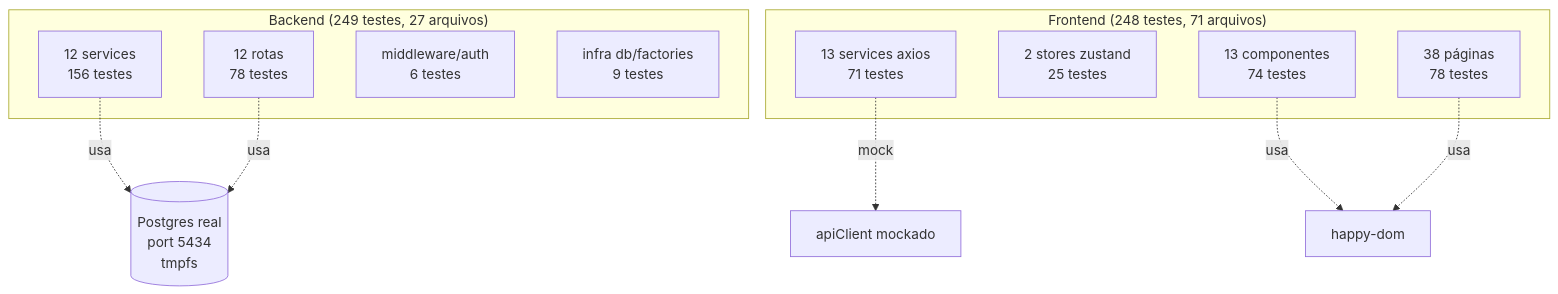
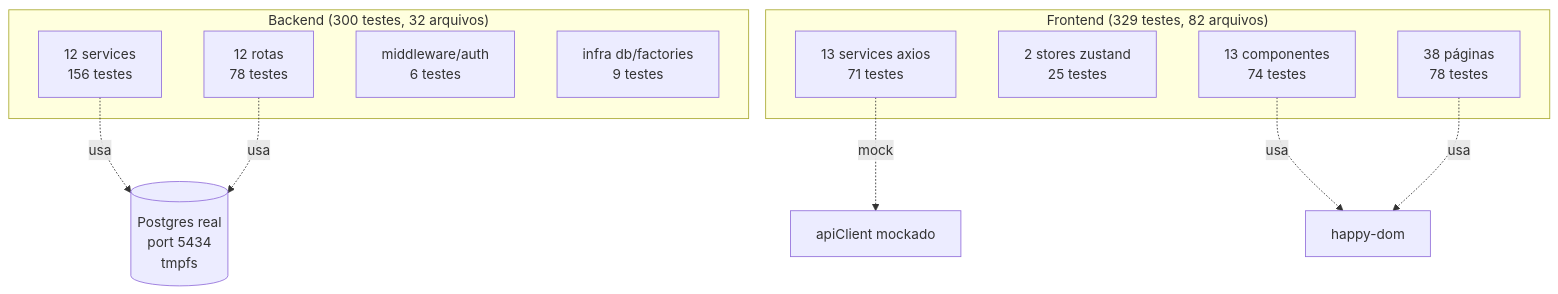
Before and after one commit to ribeirocarlos87/mini-erp-web: the fifth of 6 diagrams in README.md, drawn with Mermaid. The commit also changed other lines of this file, not shown here.

````diff
--- a/README.md
+++ b/README.md
@@ -221,22 +221,22 @@
 ```mermaid
 graph TB
-    subgraph "Backend (249 testes, 27 arquivos)"
+    subgraph "Backend (300 testes, 32 arquivos)"
         BS[12 services<br/>156 testes]
         BR[12 rotas<br/>78 testes]
         BM[middleware/auth<br/>6 testes]
         BI[infra db/factories<br/>9 testes]
     end
 
-    subgraph "Frontend (248 testes, 71 arquivos)"
+    subgraph "Frontend (329 testes, 82 arquivos)"
         FS[13 services axios<br/>71 testes]
         FT[2 stores zustand<br/>25 testes]
         FC[13 componentes<br/>74 testes]
         FP[38 páginas<br/>78 testes]
     end
 
     BS -.usa.-> Postgres[(Postgres real<br/>port 5434<br/>tmpfs)]
     BR -.usa.-> Postgres
     FS -.mock.-> AxiosMock[apiClient mockado]
     FC -.usa.-> happydom[happy-dom]
     FP -.usa.-> happydom
 ```
````
